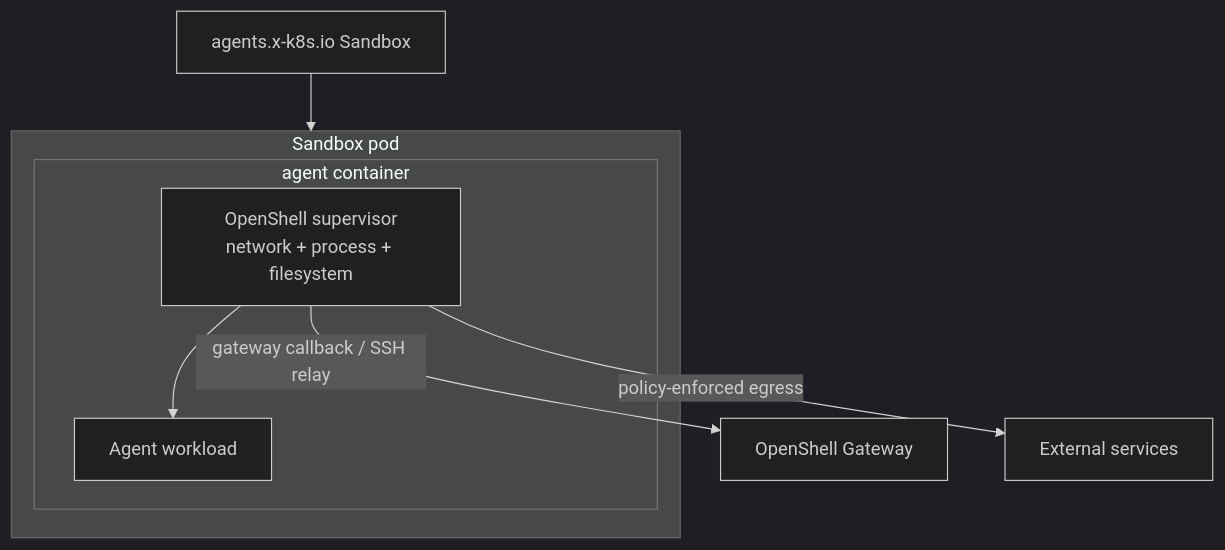
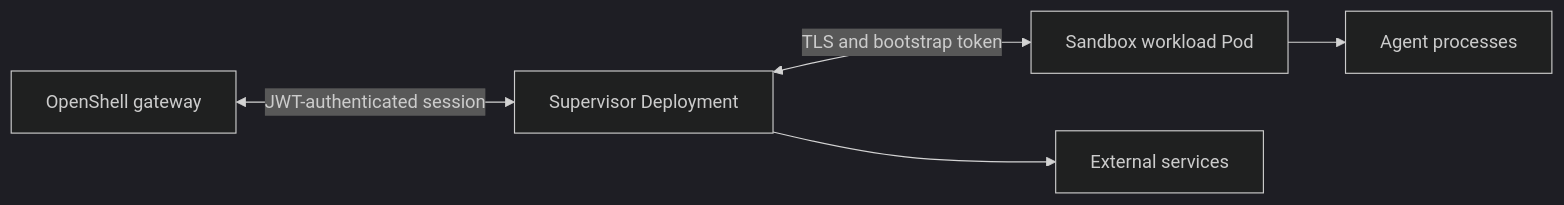
Before and after one commit to NVIDIA/OpenShell: the diagram in docs/kubernetes/topology.mdx, drawn with Mermaid (dark theme). The commit also changed other lines of this file and 44 other files, not shown here.

Commit message:
feat(kubernetes): launch isolated sandbox and supervisor pods

````diff
--- a/docs/kubernetes/topology.mdx
+++ b/docs/kubernetes/topology.mdx
@@ -51,19 +19,13 @@
 ```mermaid
-flowchart TB
-  Sandbox["agents.x-k8s.io Sandbox"]
+flowchart LR
+  Gateway[OpenShell gateway]
+  Supervisor[Supervisor Deployment]
+  Sandbox[Sandbox workload Pod]
+  Agent[Agent processes]
+  External[External services]
 
-  subgraph Pod["Sandbox pod"]
-    subgraph Agent["agent container"]
-      Supervisor["OpenShell supervisor<br/>network + process + filesystem"]
-      Workload["Agent workload"]
-    end
-  end
-
-  Gateway["OpenShell Gateway"]
-  External["External services"]
-
-  Sandbox --> Pod
-  Supervisor --> Workload
-  Supervisor -->|"gateway callback / SSH relay"| Gateway
-  Supervisor -->|"policy-enforced egress"| External
+  Gateway <-->|JWT-authenticated session| Supervisor
+  Supervisor <-->|TLS and bootstrap token| Sandbox
+  Sandbox --> Agent
+  Supervisor --> External
 ```
````
